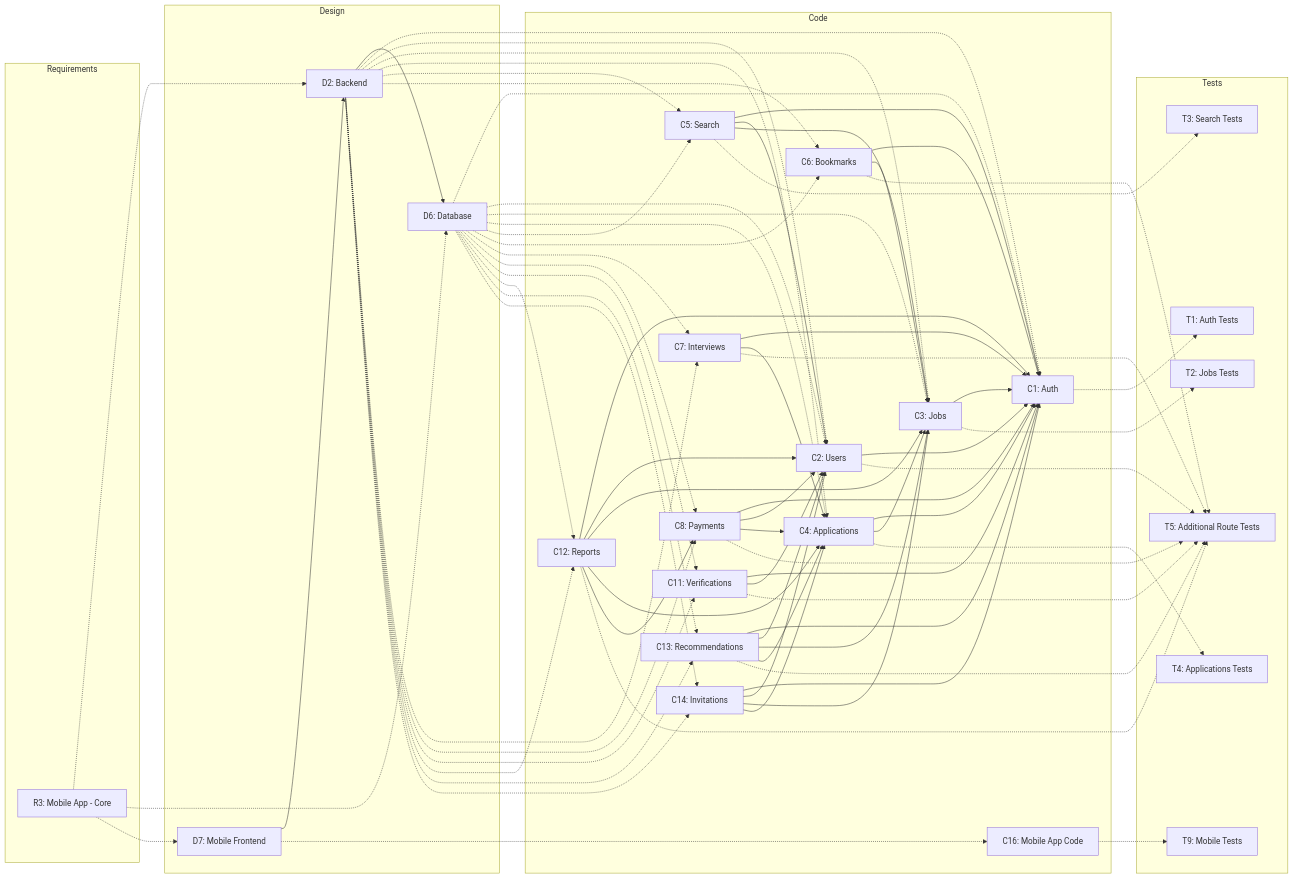
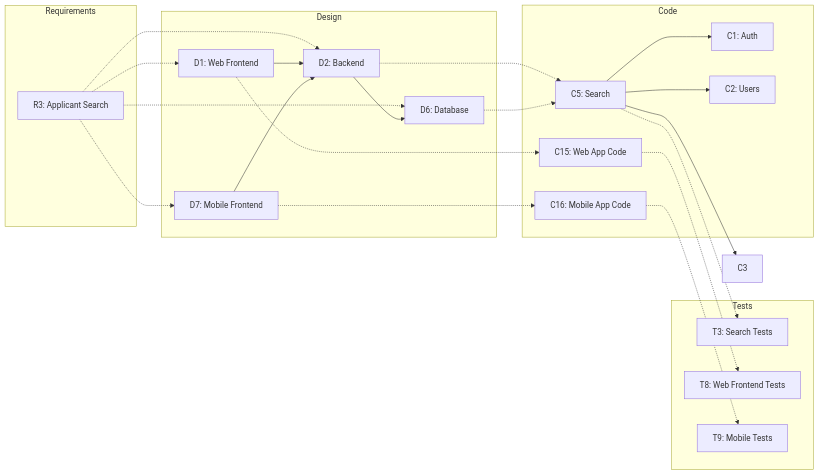
One commit to outoft3n/2025-ITCS383-Chongyai changed the fourth of 8 diagrams in D4_IMPACT_ANALYSIS.MD. Above: the diagram before and after it, drawn with Mermaid. The commit also changed other lines of this file, not shown here.

````diff
--- a/D4_IMPACT_ANALYSIS.MD
+++ b/D4_IMPACT_ANALYSIS.MD
@@ -323,10 +412,11 @@
 graph LR
 
 subgraph Requirements
-R3[R3: Mobile App - Core]
+R3[R3: Applicant Search]
 end
 
 subgraph Design
+D1[D1: Web Frontend]
 D2[D2: Backend]
 D6[D6: Database]
 D7[D7: Mobile Frontend]
@@ -335,101 +425,36 @@
 subgraph Code
 C1[C1: Auth]
 C2[C2: Users]
-C3[C3: Jobs]
-C4[C4: Applications]
 C5[C5: Search]
-C6[C6: Bookmarks]
-C7[C7: Interviews]
-C8[C8: Payments]
-C11[C11: Verifications]
-C12[C12: Reports]
-C13[C13: Recommendations]
-C14[C14: Invitations]
+C15[C15: Web App Code]
 C16[C16: Mobile App Code]
 end
 
 subgraph Tests
-T1[T1: Auth Tests]
-T2[T2: Jobs Tests]
 T3[T3: Search Tests]
-T4[T4: Applications Tests]
-T5[T5: Additional Route Tests]
+T8[T8: Web Frontend Tests]
 T9[T9: Mobile Tests]
 end
 
+R3 -.-> D1
 R3 -.-> D2
 R3 -.-> D6
 R3 -.-> D7
 
+D1 --> D2
 D7 --> D2
 D2 --> D6
 
-D2 -.-> C1
-D2 -.-> C2
-D2 -.-> C3
-D2 -.-> C4
 D2 -.-> C5
-D2 -.-> C6
-D2 -.-> C7
-D2 -.-> C8
-D2 -.-> C11
-D2 -.-> C12
-D2 -.-> C13
-D2 -.-> C14
-D6 -.-> C1
-D6 -.-> C2
-D6 -.-> C3
-D6 -.-> C4
 D6 -.-> C5
-D6 -.-> C6
-D6 -.-> C7
-D6 -.-> C8
-D6 -.-> C11
-D6 -.-> C12
-D6 -.-> C13
-D6 -.-> C14
+D1 -.-> C15
 D7 -.-> C16
 
-C2 --> C1
-C3 --> C1
-C4 --> C1
-C4 --> C3
 C5 --> C1
 C5 --> C2
 C5 --> C3
-C6 --> C1
-C6 --> C3
-C7 --> C1
-C7 --> C4
-C8 --> C1
-C8 --> C2
-C8 --> C4
-C11 --> C1
-C11 --> C2
-C12 --> C1
-C12 --> C2
-C12 --> C3
-C12 --> C4
-C12 --> C8
-C13 --> C1
-C13 --> C2
-C13 --> C3
-C13 --> C4
-C14 --> C1
-C14 --> C2
-C14 --> C3
-C14 --> C4
 
-C1 -.-> T1
-C3 -.-> T2
 C5 -.-> T3
-C4 -.-> T4
-C2 -.-> T5
-C6 -.-> T5
-C7 -.-> T5
-C8 -.-> T5
-C11 -.-> T5
-C12 -.-> T5
-C13 -.-> T5
+C15 -.-> T8
 C16 -.-> T9
 ```
````
